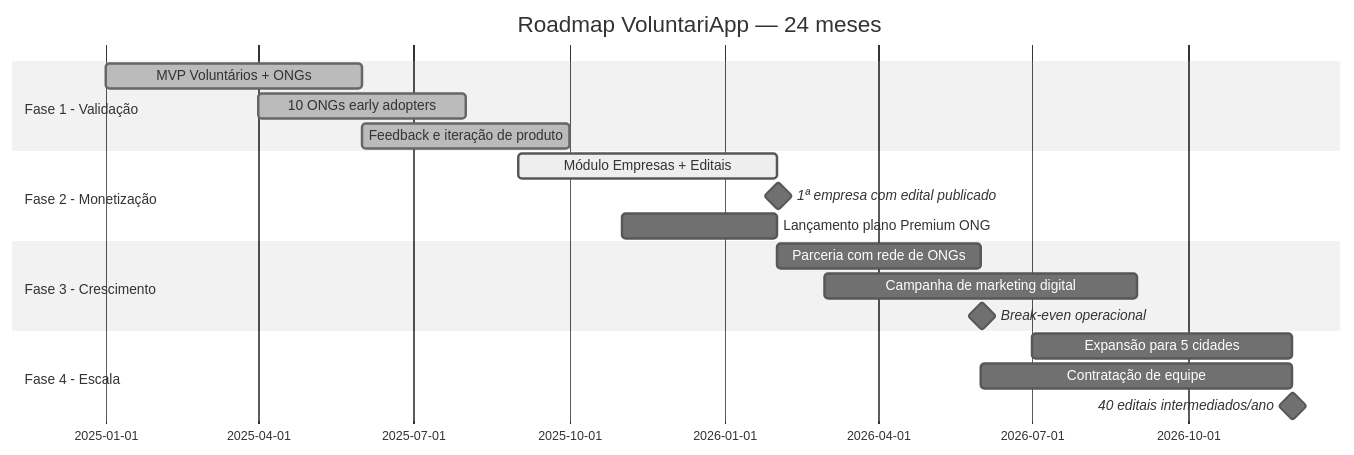
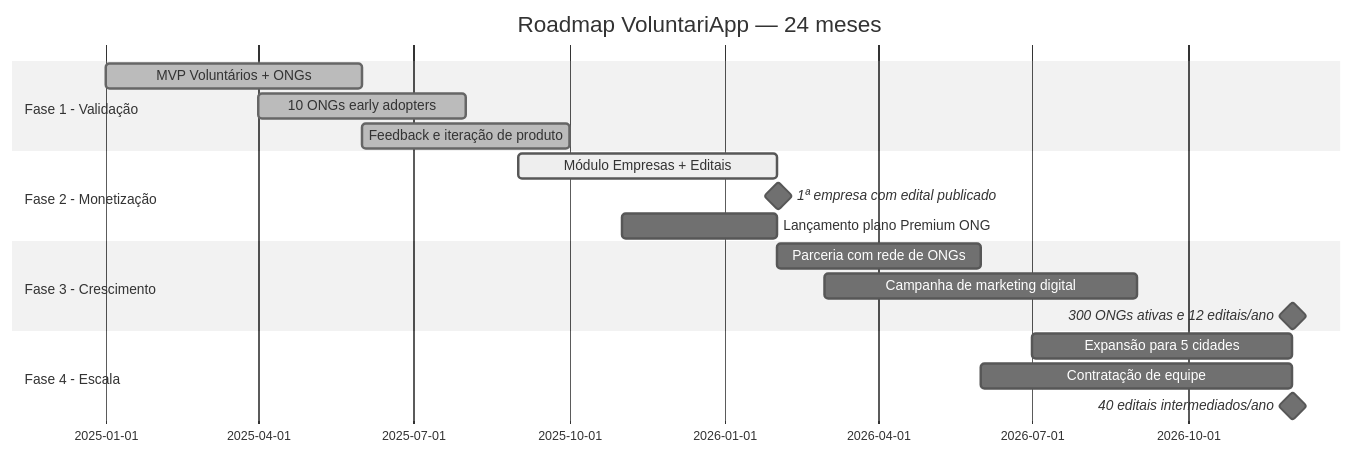
Diagram 15 of 17 in docs/plano_negocios_detalhado.md (LucasSousaAl/VoluntariApp), drawn with Mermaid (neutral theme) before and after one commit. The commit also changed other lines of this file, not shown here.

````diff
--- a/docs/plano_negocios_detalhado.md
+++ b/docs/plano_negocios_detalhado.md
@@ -692,24 +705,24 @@
 ```mermaid
 gantt
     title Roadmap VoluntariApp — 24 meses
     dateFormat  YYYY-MM
     section Fase 1 - Validação
     MVP Voluntários + ONGs          :done, 2025-01, 2025-06
     10 ONGs early adopters          :done, 2025-04, 2025-08
     Feedback e iteração de produto  :done, 2025-06, 2025-10
 
     section Fase 2 - Monetização
     Módulo Empresas + Editais       :active, 2025-09, 2026-02
     1ª empresa com edital publicado :milestone, 2026-02, 1d
     Lançamento plano Premium ONG    :2025-11, 2026-02
 
     section Fase 3 - Crescimento
     Parceria com rede de ONGs       :2026-02, 2026-06
     Campanha de marketing digital   :2026-03, 2026-09
-    Break-even operacional          :milestone, 2026-06, 1d
+    300 ONGs ativas e 12 editais/ano :milestone, 2026-12, 1d
 
     section Fase 4 - Escala
     Expansão para 5 cidades         :2026-07, 2026-12
     Contratação de equipe           :2026-06, 2026-12
     40 editais intermediados/ano    :milestone, 2026-12, 1d
 ```
````
